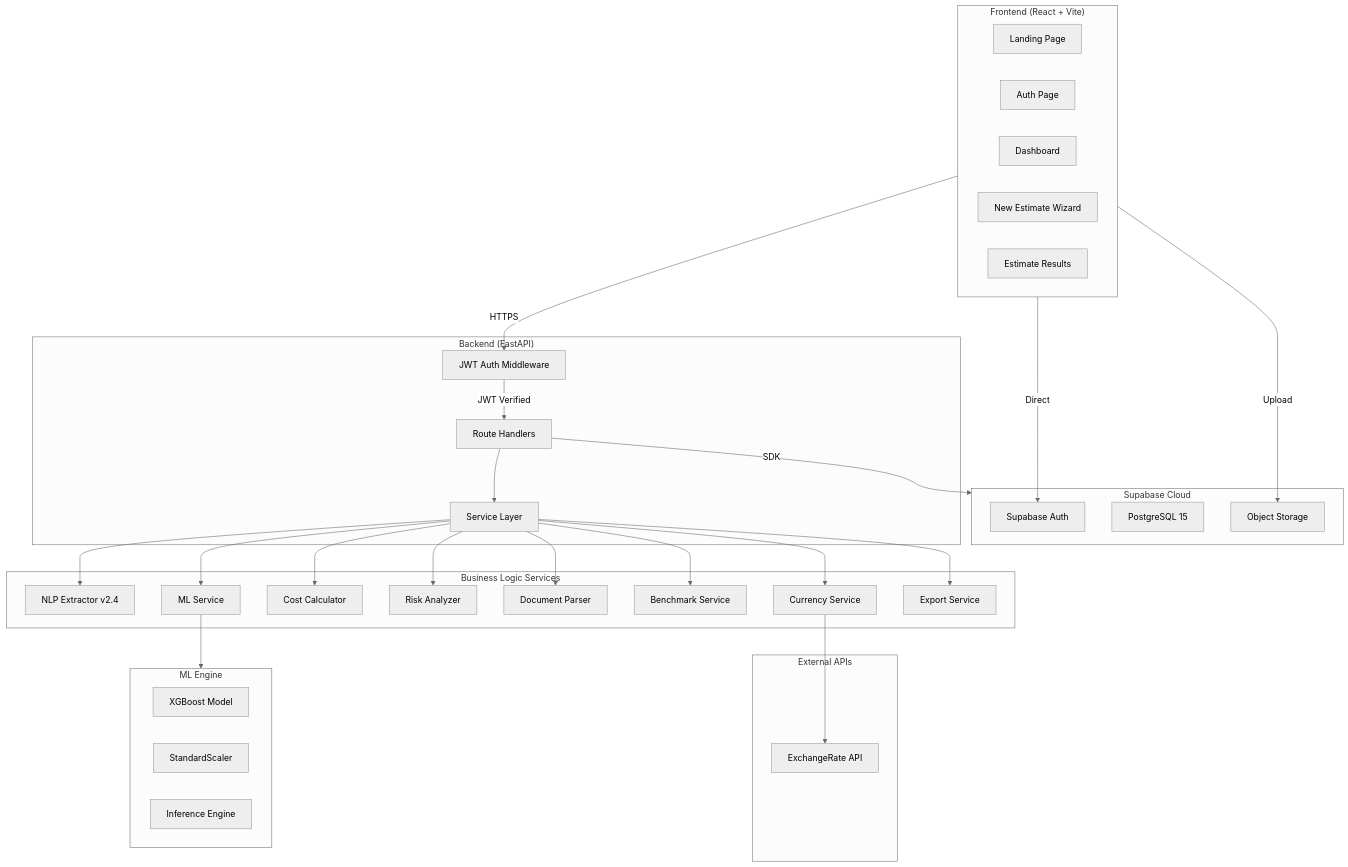
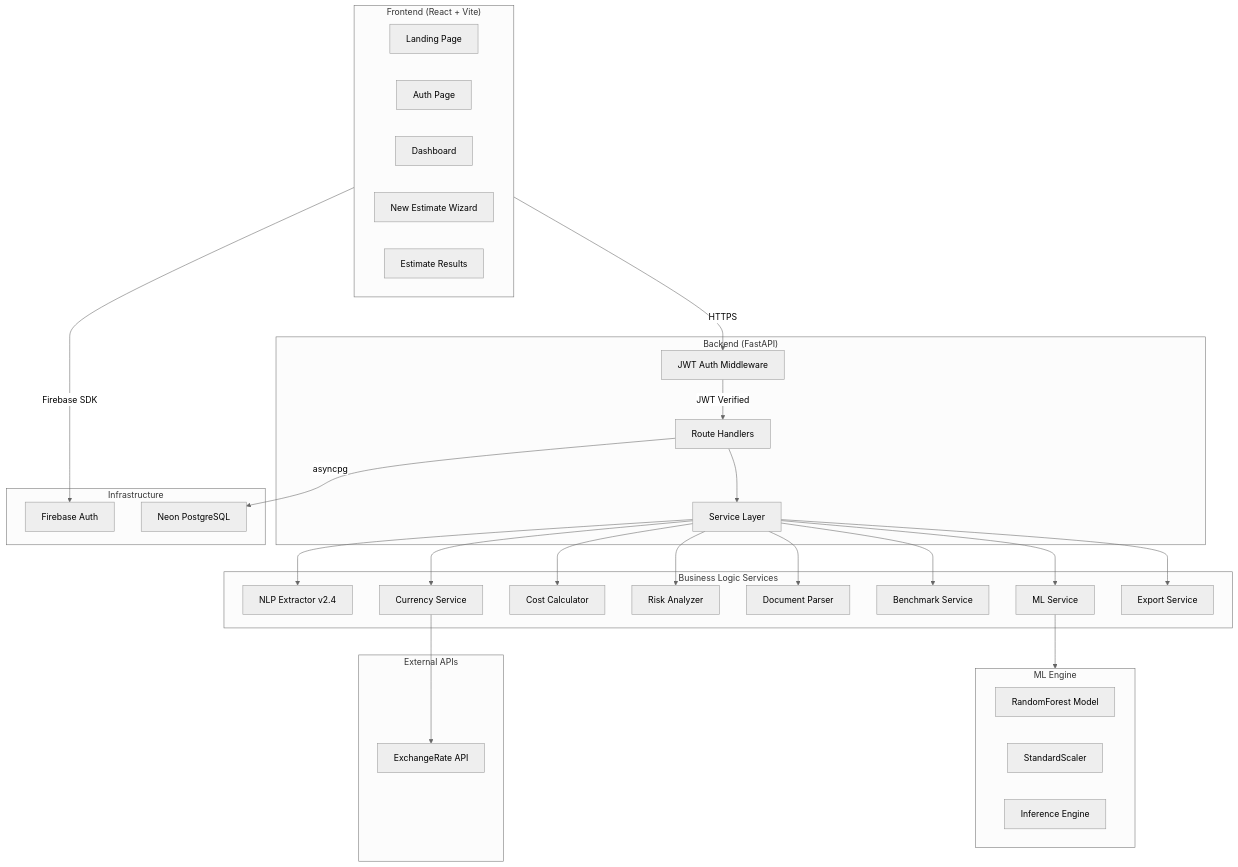
The first of 15 diagrams in docs/walkthrough.md (AtharvS7/PredictIQ), drawn with Mermaid (neutral theme) before and after one commit. The commit also changed other lines of this file, not shown here.

First line of the commit message:
docs: update walkthrough v3.0.0 — Firebase Auth + Neon PostgreSQL migration

````diff
--- a/docs/walkthrough.md
+++ b/docs/walkthrough.md
@@ -177,60 +175,58 @@
 ```mermaid
 graph TB
     subgraph CLIENT["Frontend (React + Vite)"]
         LP["Landing Page"]
         AP["Auth Page"]
         DP["Dashboard"]
         NE["New Estimate Wizard"]
         ER["Estimate Results"]
     end
 
     subgraph API["Backend (FastAPI)"]
         RT["Route Handlers"]
         SEC["JWT Auth Middleware"]
         SVC["Service Layer"]
     end
 
     subgraph SERVICES["Business Logic Services"]
         NLP["NLP Extractor v2.4"]
         MLS["ML Service"]
         CC["Cost Calculator"]
         RA["Risk Analyzer"]
         DP2["Document Parser"]
         BM["Benchmark Service"]
         CS["Currency Service"]
         EX["Export Service"]
     end
 
     subgraph ML["ML Engine"]
-        XGB["XGBoost Model"]
+        XGB["RandomForest Model"]
         SCL["StandardScaler"]
         INF["Inference Engine"]
     end
 
-    subgraph SUPABASE["Supabase Cloud"]
-        AUTH["Supabase Auth"]
-        DB["PostgreSQL 15"]
-        STR["Object Storage"]
+    subgraph INFRA["Infrastructure"]
+        AUTH["Firebase Auth"]
+        DB["Neon PostgreSQL"]
     end
 
     subgraph EXTERNAL["External APIs"]
         ERA["ExchangeRate API"]
     end
 
     CLIENT -->|HTTPS| SEC
     SEC -->|JWT Verified| RT
     RT --> SVC
     SVC --> NLP
     SVC --> MLS
     SVC --> CC
     SVC --> RA
     SVC --> DP2
     SVC --> BM
     SVC --> CS
     SVC --> EX
     MLS --> ML
     CS --> ERA
-    RT -->|SDK| SUPABASE
-    CLIENT -->|Direct| AUTH
-    CLIENT -->|Upload| STR
+    RT -->|asyncpg| DB
+    CLIENT -->|Firebase SDK| AUTH
 ```
````
